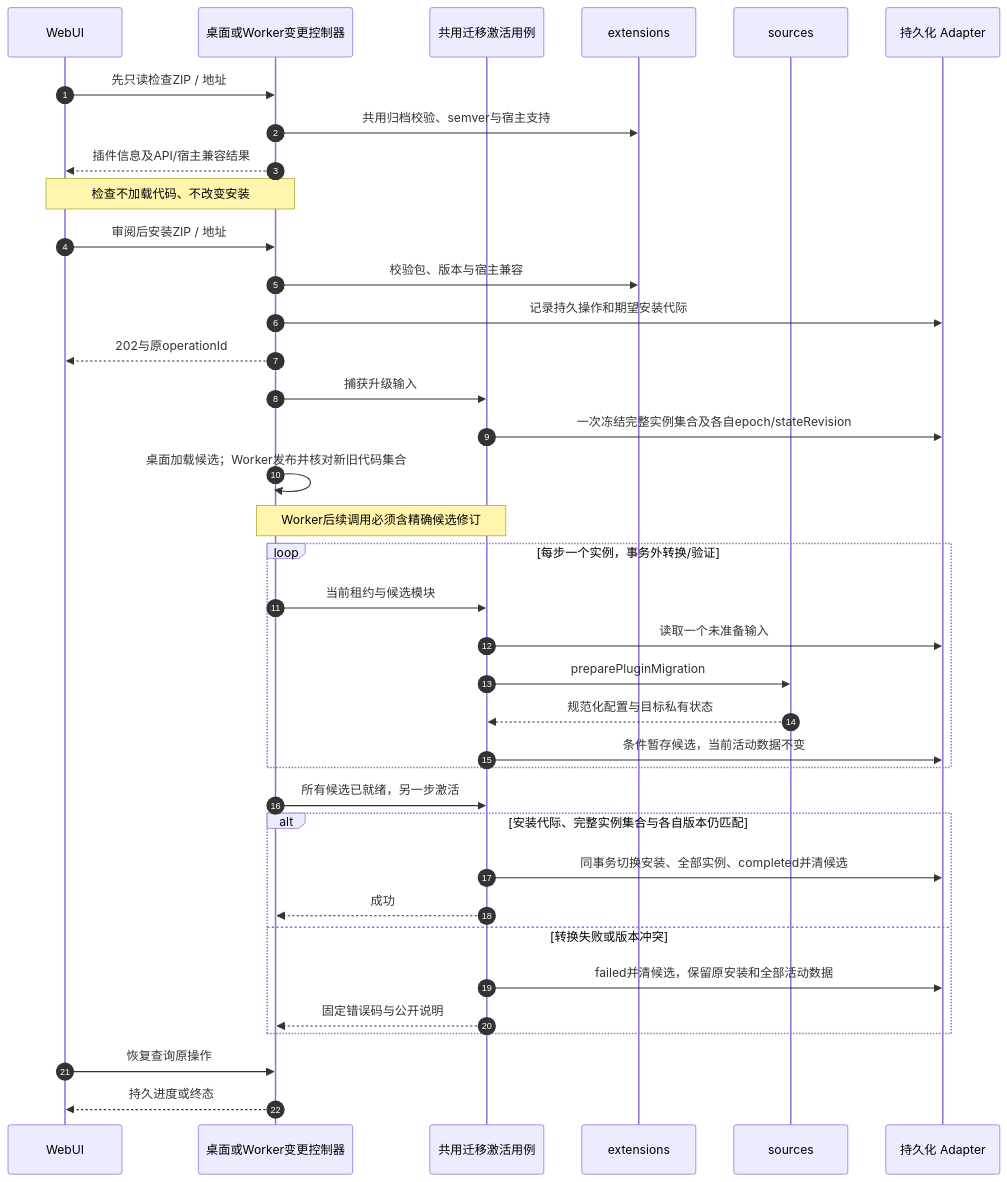
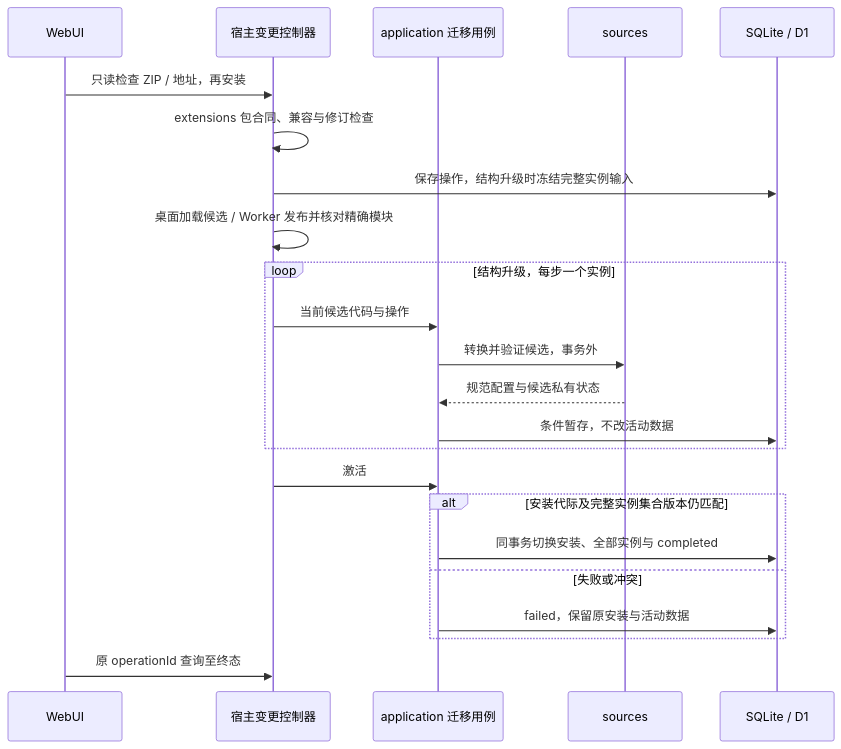
Before and after one commit to shengyusi-SYS/musicfs: the tenth of 13 diagrams in docs/architecture/diagrams.md, drawn with Mermaid. The commit also changed other lines of this file and 23 other files, not shown here.

Commit message:
docs: consolidate MusicFS architecture and reusable lessons

````diff
--- a/docs/architecture/diagrams.md
+++ b/docs/architecture/diagrams.md
@@ -437,39 +246,25 @@
 ```mermaid
 sequenceDiagram
-  autonumber
   participant U as WebUI
-  participant H as 桌面或Worker变更控制器
-  participant C as 共用迁移激活用例
-  participant E as extensions
+  participant H as 宿主变更控制器
+  participant C as application 迁移用例
   participant S as sources
-  participant DB as 持久化 Adapter
-  U->>H: 先只读检查ZIP / 地址
-  H->>E: 共用归档校验、semver与宿主支持
-  H-->>U: 插件信息及API/宿主兼容结果
-  Note over U,H: 检查不加载代码、不改变安装
-  U->>H: 审阅后安装ZIP / 地址
-  H->>E: 校验包、版本与宿主兼容
-  H->>DB: 记录持久操作和期望安装代际
-  H-->>U: 202与原operationId
-  H->>C: 捕获升级输入
-  C->>DB: 一次冻结完整实例集合及各自epoch/stateRevision
-  H->>H: 桌面加载候选；Worker发布并核对新旧代码集合
-  Note over H,C: Worker后续调用必须含精确候选修订
-  loop 每步一个实例，事务外转换/验证
-    H->>C: 当前租约与候选模块
-    C->>DB: 读取一个未准备输入
-    C->>S: preparePluginMigration
-    S-->>C: 规范化配置与目标私有状态
-    C->>DB: 条件暂存候选，当前活动数据不变
+  participant DB as SQLite / D1
+  U->>H: 只读检查 ZIP / 地址，再安装
+  H->>H: extensions 包合同、兼容与修订检查
+  H->>DB: 保存操作，结构升级时冻结完整实例输入
+  H->>H: 桌面加载候选 / Worker 发布并核对精确模块
+  loop 结构升级，每步一个实例
+    H->>C: 当前候选代码与操作
+    C->>S: 转换并验证候选，事务外
+    S-->>C: 规范配置与候选私有状态
+    C->>DB: 条件暂存，不改活动数据
   end
-  H->>C: 所有候选已就绪，另一步激活
-  alt 安装代际、完整实例集合与各自版本仍匹配
-    C->>DB: 同事务切换安装、全部实例、completed并清候选
-    C-->>H: 成功
-  else 转换失败或版本冲突
-    C->>DB: failed并清候选，保留原安装和全部活动数据
-    C-->>H: 固定错误码与公开说明
+  H->>C: 激活
+  alt 安装代际及完整实例集合版本仍匹配
+    C->>DB: 同事务切换安装、全部实例与 completed
+  else 失败或冲突
+    C->>DB: failed，保留原安装与活动数据
   end
-  U->>H: 恢复查询原操作
-  H-->>U: 持久进度或终态
+  U->>H: 原 operationId 查询至终态
 ```
````
